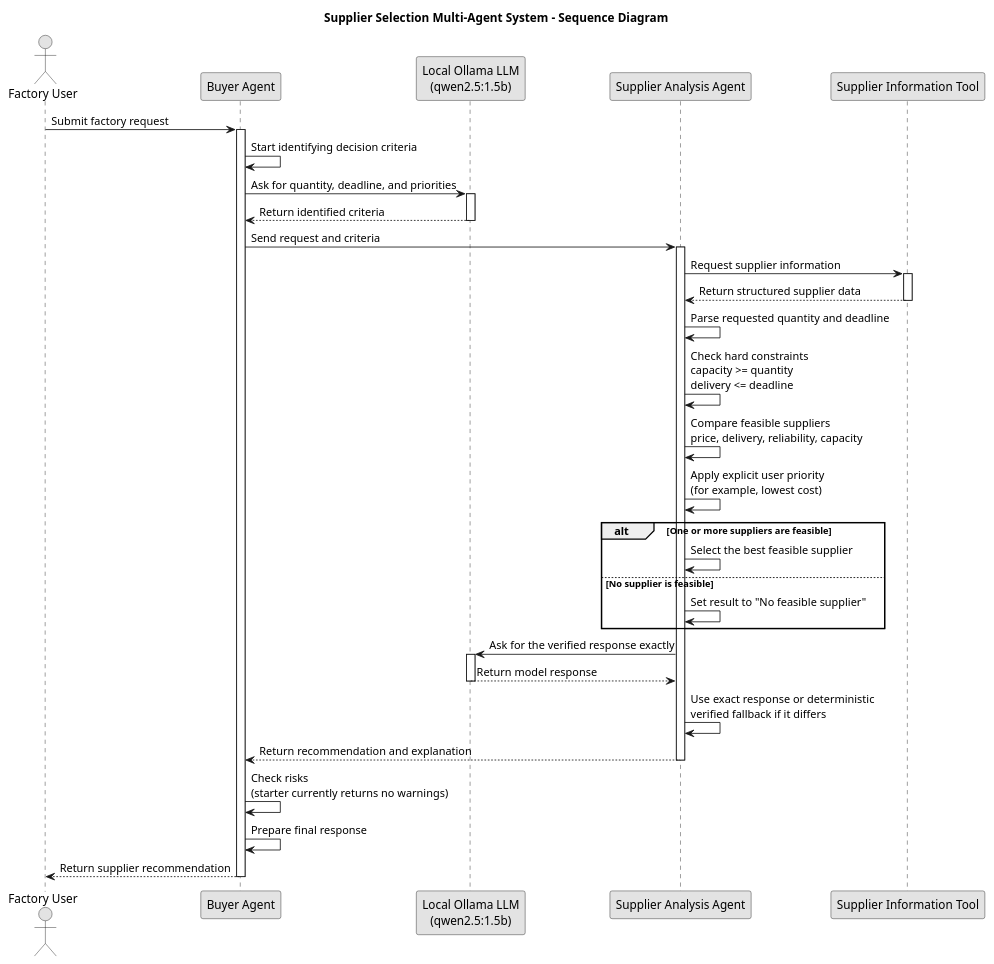
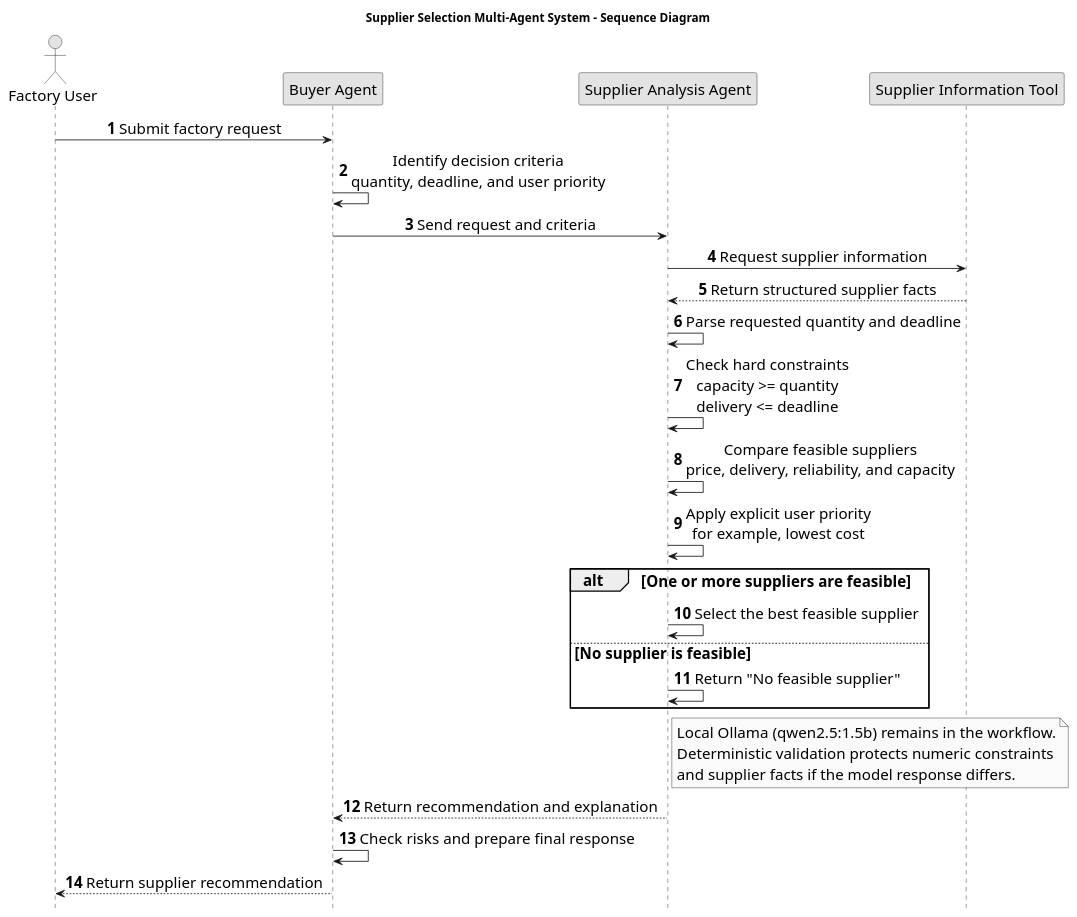
The diagram in week4/2-supplier-agents/docs/sequence_diagram.puml (Sai4158/psgv-sweng889), drawn with PlantUML before and after one commit. The commit also changed 2 other files, not shown here.

```diff
--- a/week4/2-supplier-agents/docs/sequence_diagram.puml
+++ b/week4/2-supplier-agents/docs/sequence_diagram.puml
@@ -1,55 +1,44 @@
 @startuml
 title Supplier Selection Multi-Agent System - Sequence Diagram
 
+skinparam monochrome true
 skinparam shadowing false
-skinparam monochrome true
+skinparam defaultFontSize 18
+skinparam sequenceMessageAlign center
+hide footbox
+autonumber
 
 actor "Factory User" as FactoryUser
 participant "Buyer Agent" as BuyerAgent
-participant "Local Ollama LLM\n(qwen2.5:1.5b)" as LocalLLM
 participant "Supplier Analysis Agent" as AnalysisAgent
 participant "Supplier Information Tool" as SupplierTool
 
 FactoryUser -> BuyerAgent : Submit factory request
-activate BuyerAgent
-
-BuyerAgent -> BuyerAgent : Start identifying decision criteria
-BuyerAgent -> LocalLLM : Ask for quantity, deadline, and priorities
-activate LocalLLM
-LocalLLM --> BuyerAgent : Return identified criteria
-deactivate LocalLLM
-
+BuyerAgent -> BuyerAgent : Identify decision criteria\nquantity, deadline, and user priority
 BuyerAgent -> AnalysisAgent : Send request and criteria
-activate AnalysisAgent
 
 AnalysisAgent -> SupplierTool : Request supplier information
-activate SupplierTool
-SupplierTool --> AnalysisAgent : Return structured supplier data
-deactivate SupplierTool
+SupplierTool --> AnalysisAgent : Return structured supplier facts
 
 AnalysisAgent -> AnalysisAgent : Parse requested quantity and deadline
 AnalysisAgent -> AnalysisAgent : Check hard constraints\ncapacity >= quantity\ndelivery <= deadline
-AnalysisAgent -> AnalysisAgent : Compare feasible suppliers\nprice, delivery, reliability, capacity
-AnalysisAgent -> AnalysisAgent : Apply explicit user priority\n(for example, lowest cost)
+AnalysisAgent -> AnalysisAgent : Compare feasible suppliers\nprice, delivery, reliability, and capacity
+AnalysisAgent -> AnalysisAgent : Apply explicit user priority\nfor example, lowest cost
 
 alt One or more suppliers are feasible
   AnalysisAgent -> AnalysisAgent : Select the best feasible supplier
 else No supplier is feasible
-  AnalysisAgent -> AnalysisAgent : Set result to "No feasible supplier"
+  AnalysisAgent -> AnalysisAgent : Return "No feasible supplier"
 end
 
-AnalysisAgent -> LocalLLM : Ask for the verified response exactly
-activate LocalLLM
-LocalLLM --> AnalysisAgent : Return model response
-deactivate LocalLLM
-AnalysisAgent -> AnalysisAgent : Use exact response or deterministic\nverified fallback if it differs
+note right of AnalysisAgent
+  Local Ollama (qwen2.5:1.5b) remains in the workflow.
+  Deterministic validation protects numeric constraints
+  and supplier facts if the model response differs.
+end note
 
 AnalysisAgent --> BuyerAgent : Return recommendation and explanation
-deactivate AnalysisAgent
-
-BuyerAgent -> BuyerAgent : Check risks\n(starter currently returns no warnings)
-BuyerAgent -> BuyerAgent : Prepare final response
+BuyerAgent -> BuyerAgent : Check risks and prepare final response
 BuyerAgent --> FactoryUser : Return supplier recommendation
 
-deactivate BuyerAgent
 @enduml
```
